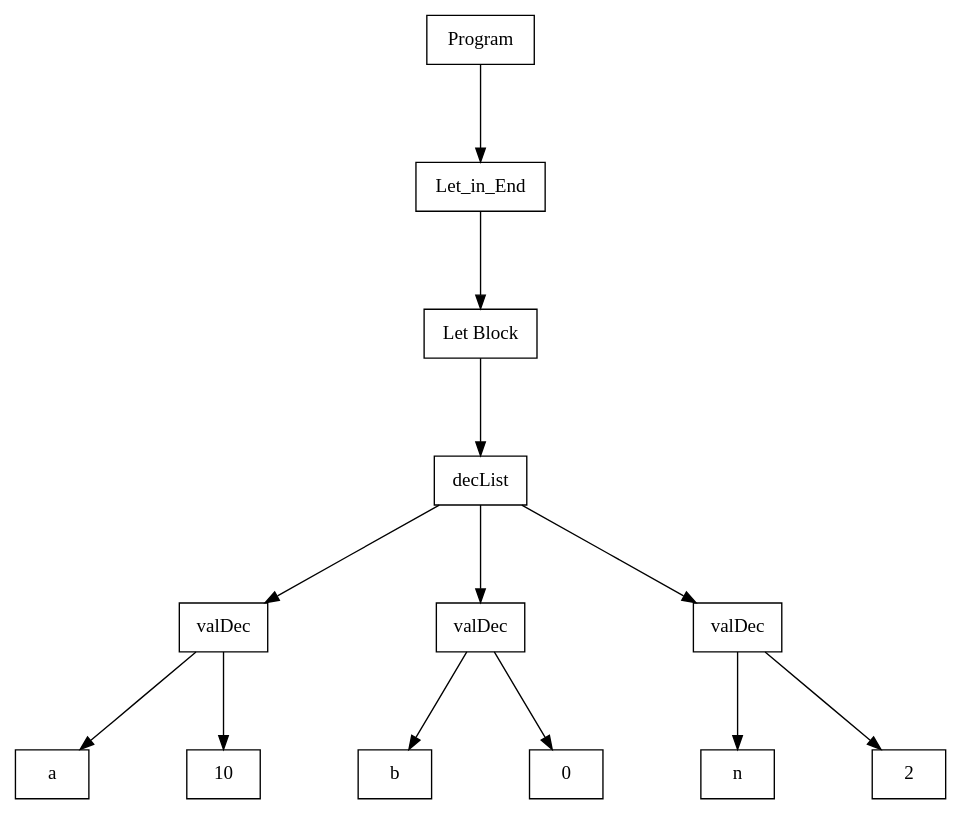
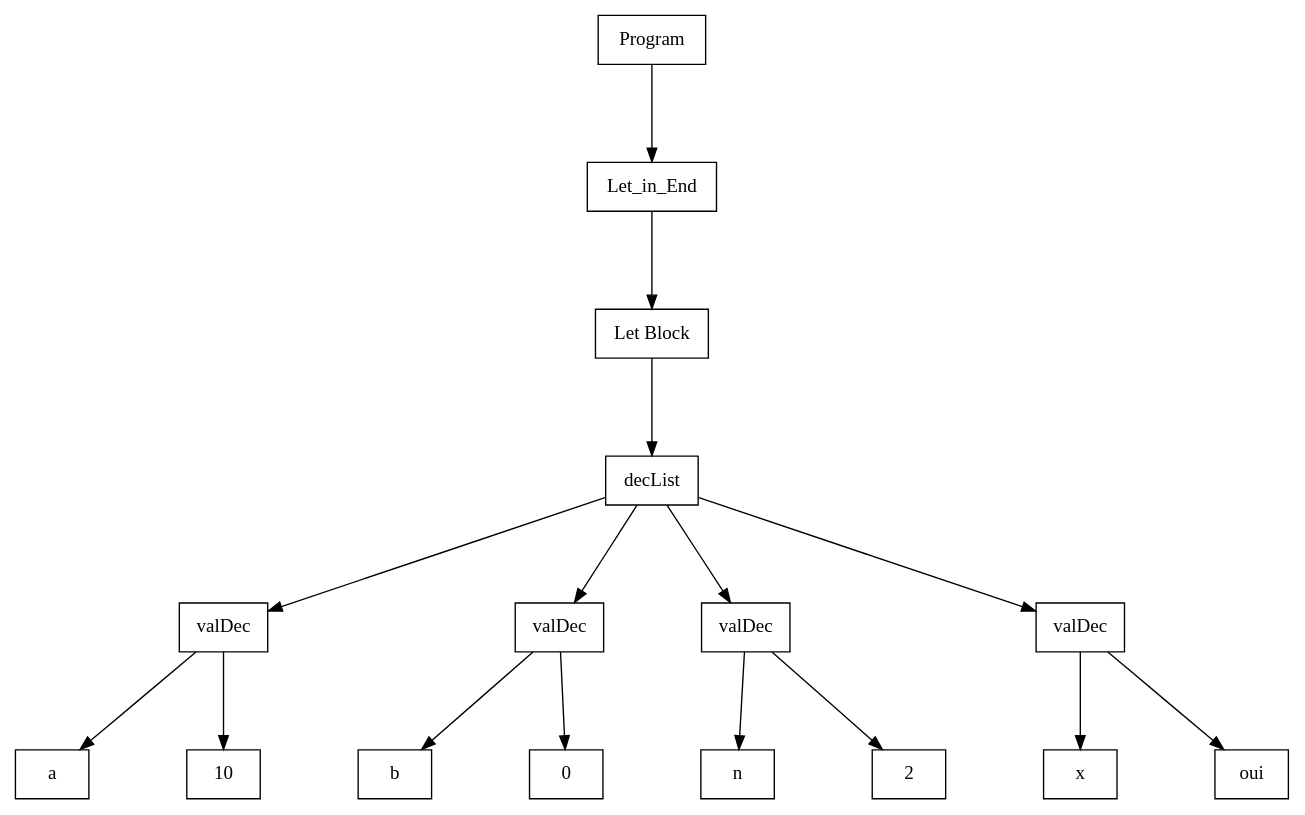
Before and after one commit to fl3ur1nestimable/tiger-compiler: the diagram in out/tree.dot, drawn with Graphviz. The commit also changed 3 other files, not shown here.

```diff
--- a/out/tree.dot
+++ b/out/tree.dot
@@ -1,32 +1,38 @@
 digraph "ast"{
 
 	nodesep=1;
 	ranksep=1;
 
 	N2 [label="Let Block", shape="box"];
 	N3 [label="decList", shape="box"];
 	N4 [label="valDec", shape="box"];
 	N5 [label="a", shape="box"];
 	N6 [label="10", shape="box"];
 	N7 [label="valDec", shape="box"];
 	N8 [label="b", shape="box"];
 	N9 [label="0", shape="box"];
 	N10 [label="valDec", shape="box"];
 	N11 [label="n", shape="box"];
 	N12 [label="2", shape="box"];
+	N13 [label="valDec", shape="box"];
+	N14 [label="x", shape="box"];
+	N15 [label="oui", shape="box"];
 	N1 [label="Let_in_End", shape="box"];
 	N0 [label="Program", shape="box"];
 
 	N4 -> N5; 
 	N4 -> N6; 
 	N3 -> N4; 
 	N7 -> N8; 
 	N7 -> N9; 
 	N3 -> N7; 
 	N10 -> N11; 
 	N10 -> N12; 
 	N3 -> N10; 
+	N13 -> N14; 
+	N13 -> N15; 
+	N3 -> N13; 
 	N1 -> N2; 
 	N2 -> N3; 
 	N0 -> N1; 
 }
```
